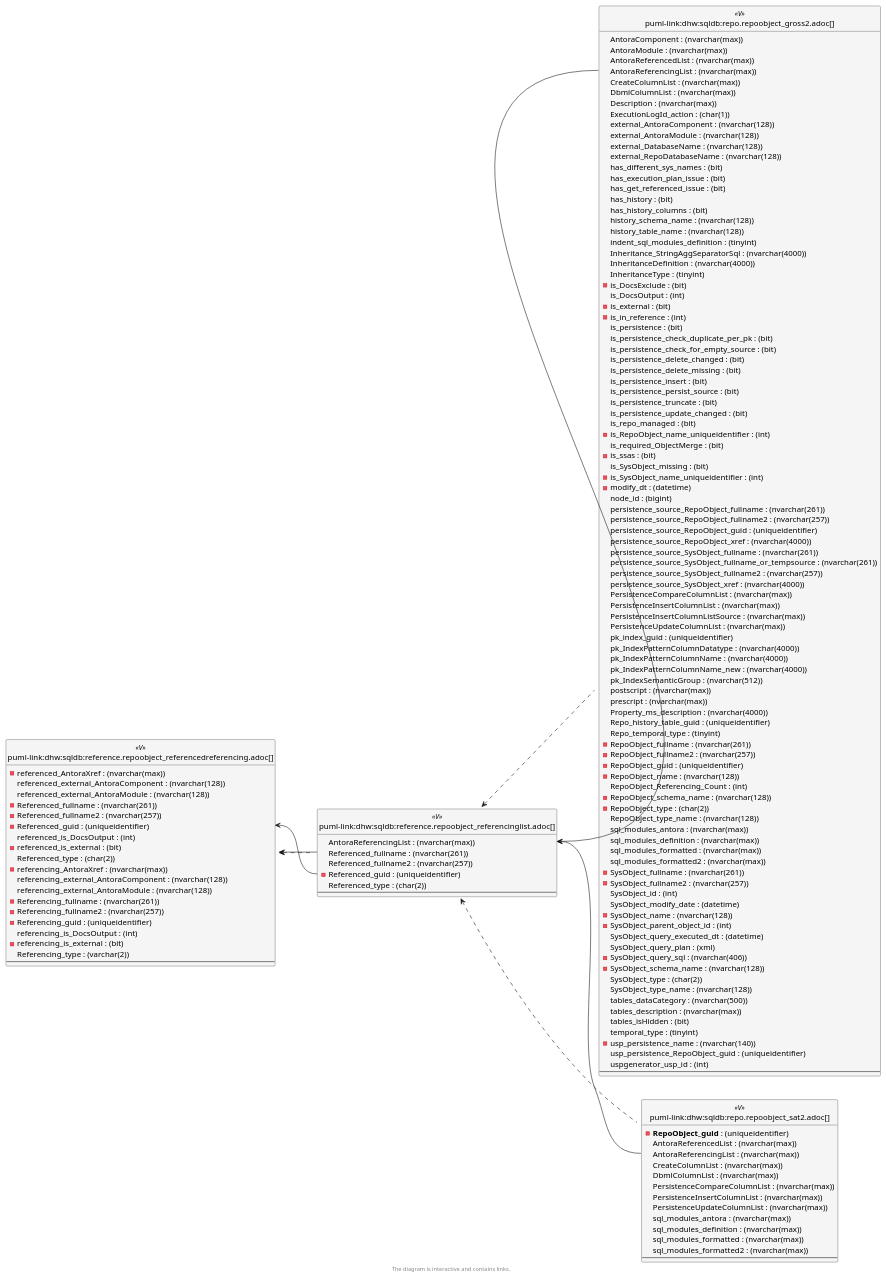
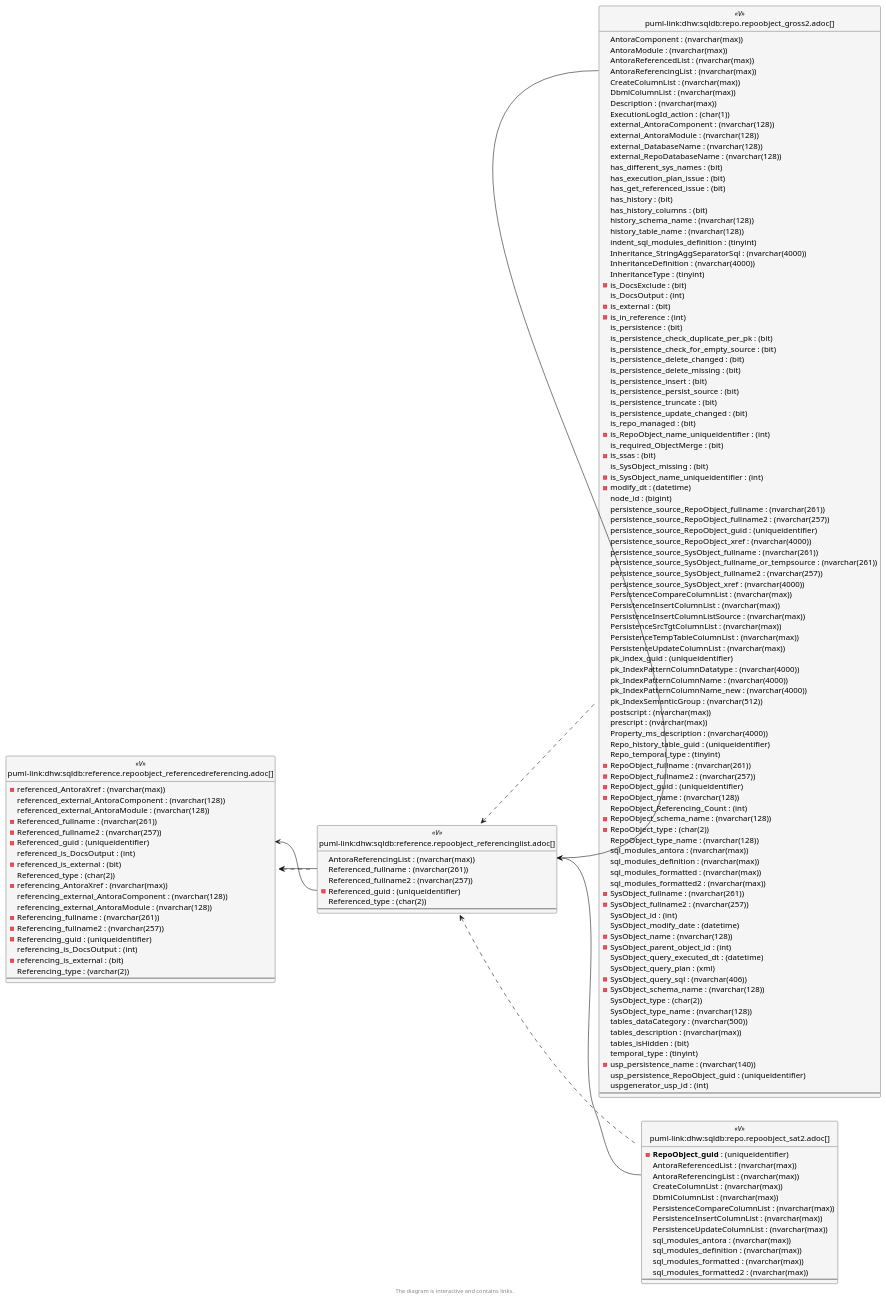
Before and after one commit to DataHandwerk/dhw-antora-sqldb: the sixth of 6 diagrams in docs/modules/sqldb/partials/content/reference.repoobject_referencinglist.adoc, drawn with PlantUML. The commit also changed other lines of this file and 701 other files, not shown here.

```diff
--- a/docs/modules/sqldb/partials/content/reference.repoobject_referencinglist.adoc
+++ b/docs/modules/sqldb/partials/content/reference.repoobject_referencinglist.adoc
@@ -1614,6 +1632,8 @@
   PersistenceCompareColumnList : (nvarchar(max))
   PersistenceInsertColumnList : (nvarchar(max))
   PersistenceInsertColumnListSource : (nvarchar(max))
+  PersistenceSrcTgtColumnList : (nvarchar(max))
+  PersistenceTempTableColumnList : (nvarchar(max))
   PersistenceUpdateColumnList : (nvarchar(max))
   pk_index_guid : (uniqueidentifier)
   pk_IndexPatternColumnDatatype : (nvarchar(4000))
```
